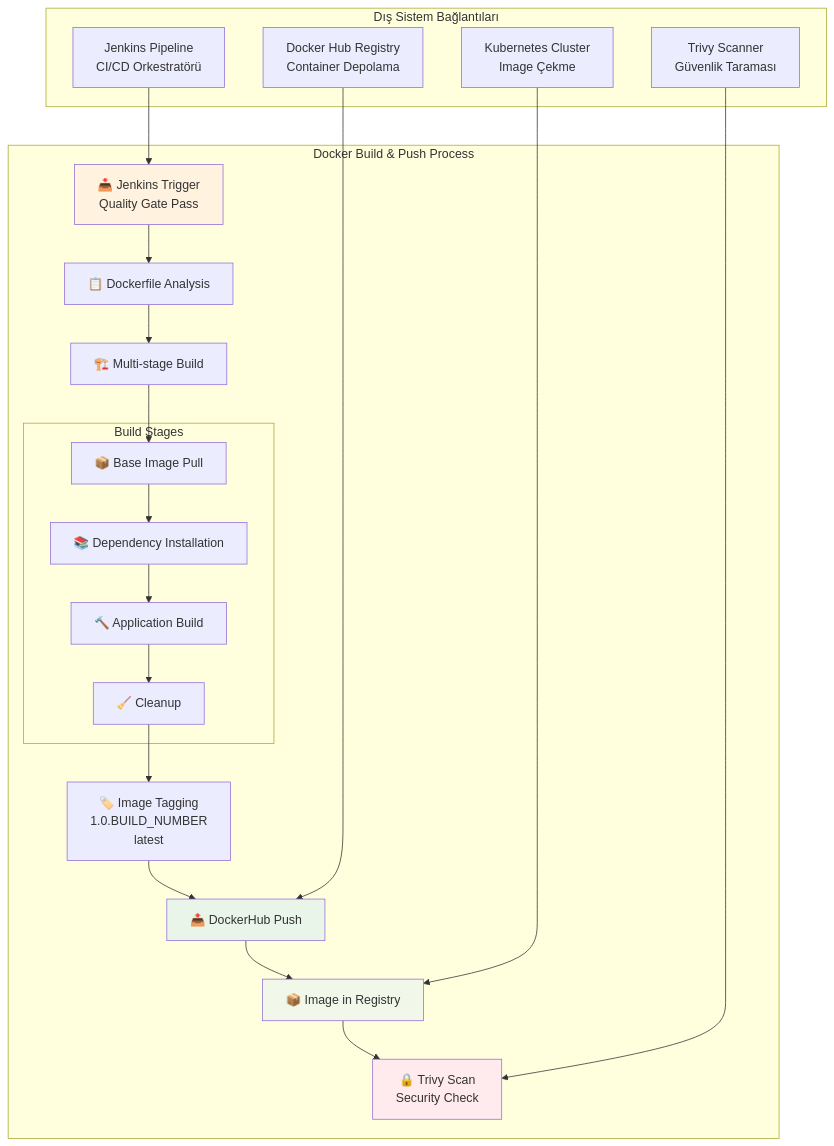
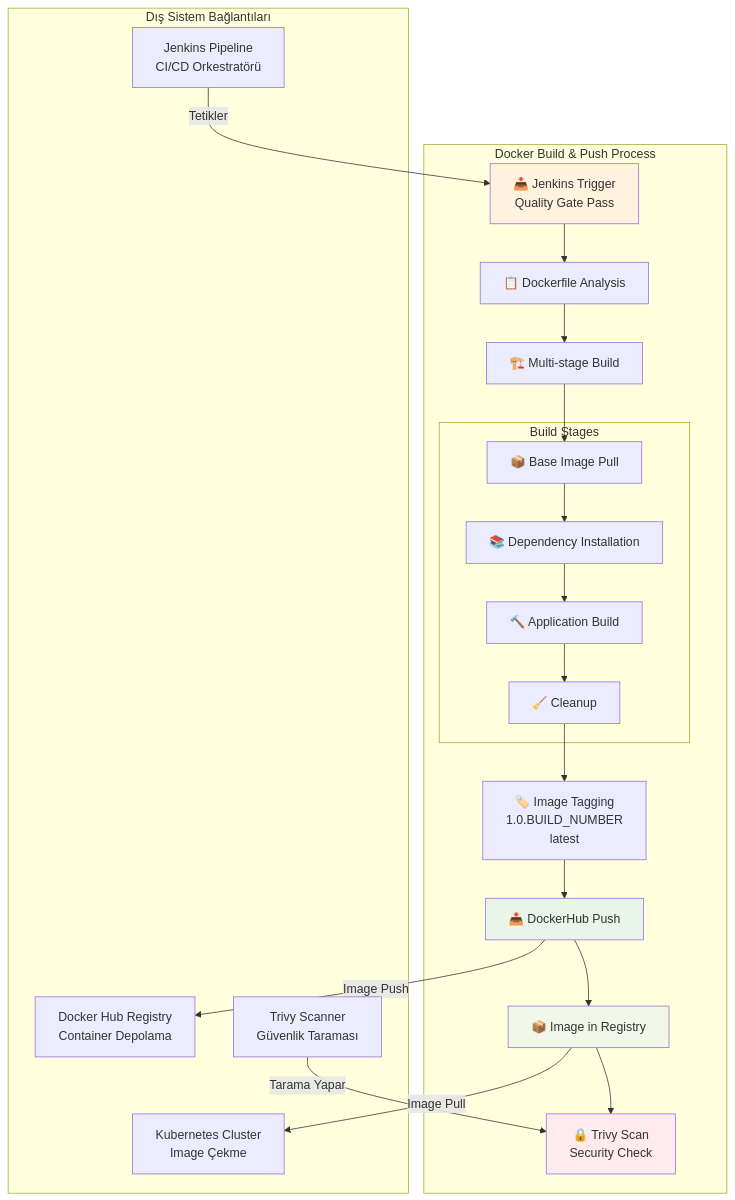
The second of 9 diagrams in detailed-devops-diagrams.md (onurglr/aws-pipeline), drawn with Mermaid before and after one commit. The commit also changed other lines of this file, not shown here.

````diff
--- a/detailed-devops-diagrams.md
+++ b/detailed-devops-diagrams.md
@@ -43,36 +43,36 @@
 ```mermaid
 graph TB
     subgraph "Docker Build & Push Process"
         A[📥 Jenkins Trigger<br/>Quality Gate Pass] --> B[📋 Dockerfile Analysis]
         B --> C[🏗️ Multi-stage Build]
         
         subgraph "Build Stages"
             C1[📦 Base Image Pull]
             C2[📚 Dependency Installation]
             C3[🔨 Application Build]
             C4[🧹 Cleanup]
         end
         
         C --> C1
         C1 --> C2
         C2 --> C3
         C3 --> C4
         
         C4 --> D[🏷️ Image Tagging<br/>1.0.BUILD_NUMBER<br/>latest]
         D --> E[📤 DockerHub Push]
         E --> F[📦 Image in Registry]
         F --> G[🔒 Trivy Scan<br/>Security Check]
     end
     
     subgraph "Dış Sistem Bağlantıları"
-        H[Jenkins Pipeline<br/>CI/CD Orkestratörü] --> A
-        I[Docker Hub Registry<br/>Container Depolama] --> E
-        J[Trivy Scanner<br/>Güvenlik Taraması] --> G
-        K[Kubernetes Cluster<br/>Image Çekme] --> F
+        H[Jenkins Pipeline<br/>CI/CD Orkestratörü] -->|Tetikler| A
+        E -->|Image Push| I[Docker Hub Registry<br/>Container Depolama]
+        J[Trivy Scanner<br/>Güvenlik Taraması] -->|Tarama Yapar| G
+        F -->|Image Pull| K[Kubernetes Cluster<br/>Image Çekme]
     end
     
     style A fill:#fff3e0
     style E fill:#e8f5e8
     style G fill:#ffebee
     style F fill:#f1f8e9
 ```
````
